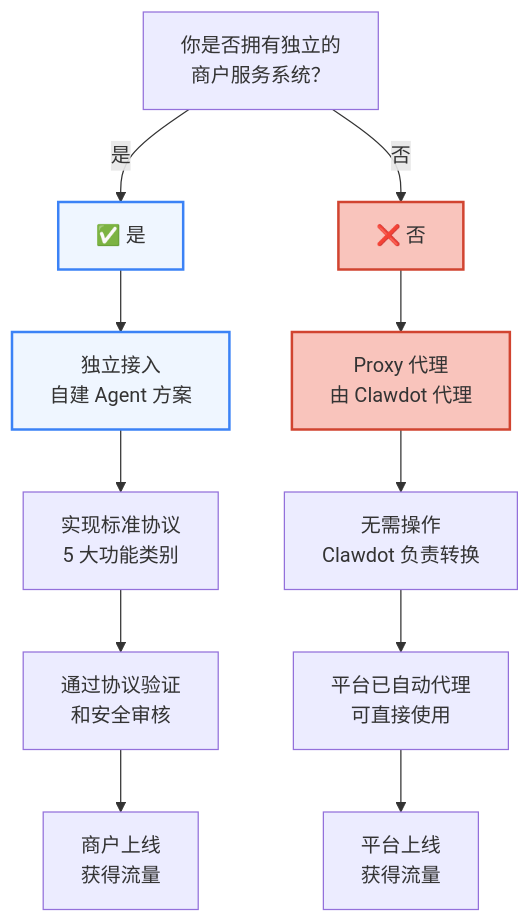
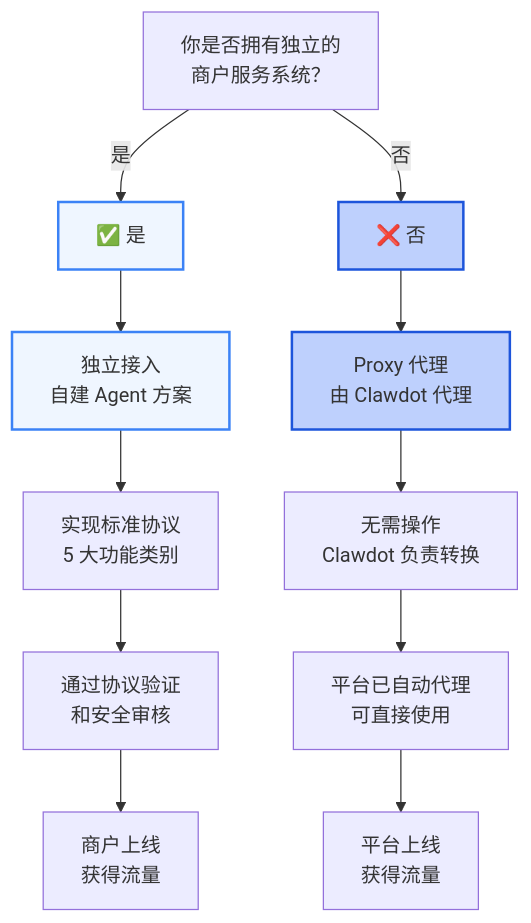
Before and after one commit to clawdot/docs: the first of 2 diagrams in gateway/merchant-onboarding.mdx, drawn with Mermaid. The commit also changed 43 other files, not shown here.

````diff
--- a/gateway/merchant-onboarding.mdx
+++ b/gateway/merchant-onboarding.mdx
@@ -10,27 +10,27 @@
 ```mermaid
 graph TD
   Decision["你是否拥有独立的<br/>商户服务系统？"]
 
   Yes["✅ 是"]
   No["❌ 否"]
 
   Decision -->|是| Yes
   Decision -->|否| No
 
   Yes --> Independent["独立接入<br/>自建 Agent 方案"]
   No --> Proxy["Proxy 代理<br/>由 Clawdot 代理"]
 
   Independent --> IReq["实现标准协议<br/>5 大功能类别"]
   Proxy --> PReq["无需操作<br/>Clawdot 负责转换"]
 
   IReq --> IVerify["通过协议验证<br/>和安全审核"]
   PReq --> PInit["平台已自动代理<br/>可直接使用"]
 
   IVerify --> IOnline["商户上线<br/>获得流量"]
   PInit --> POnline["平台上线<br/>获得流量"]
 
   style Yes fill:#EFF6FF,stroke:#3B82F6,stroke-width:2px
-  style No fill:#f9c4bc,stroke:#D14430,stroke-width:2px
+  style No fill:#BED0FD,stroke:#1D55DB,stroke-width:2px
   style Independent fill:#EFF6FF,stroke:#3B82F6,stroke-width:2px
-  style Proxy fill:#f9c4bc,stroke:#D14430,stroke-width:2px
+  style Proxy fill:#BED0FD,stroke:#1D55DB,stroke-width:2px
 ```
````
